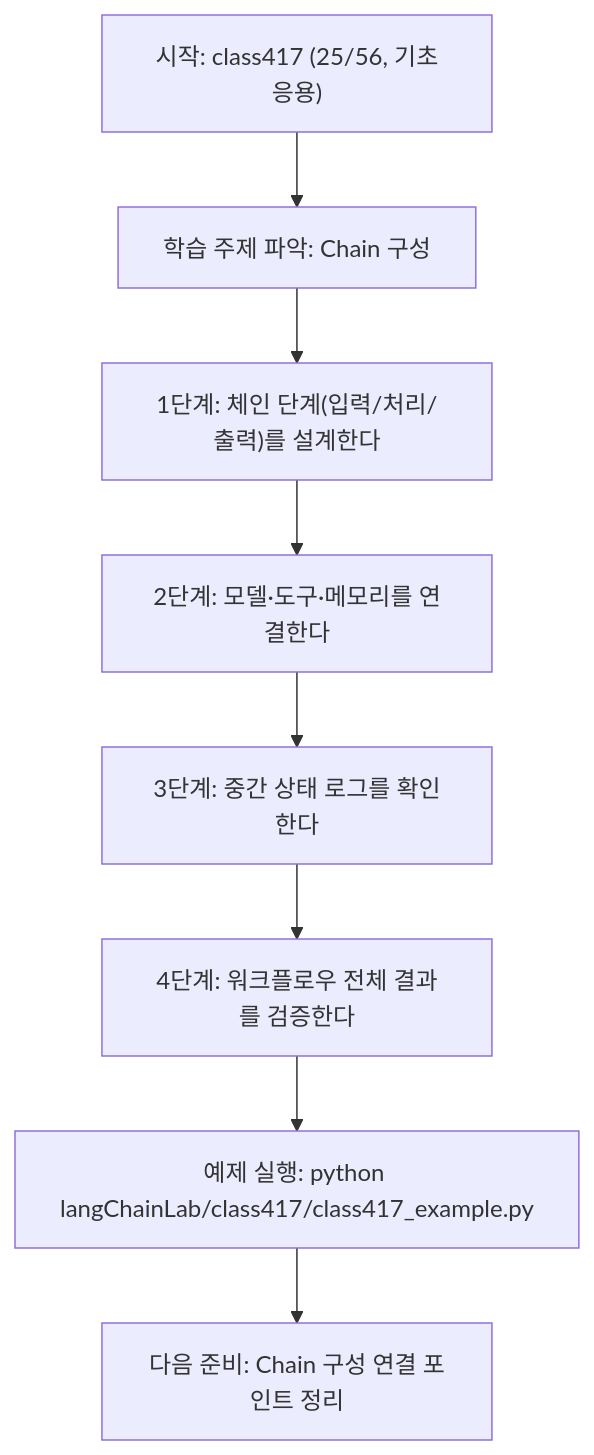
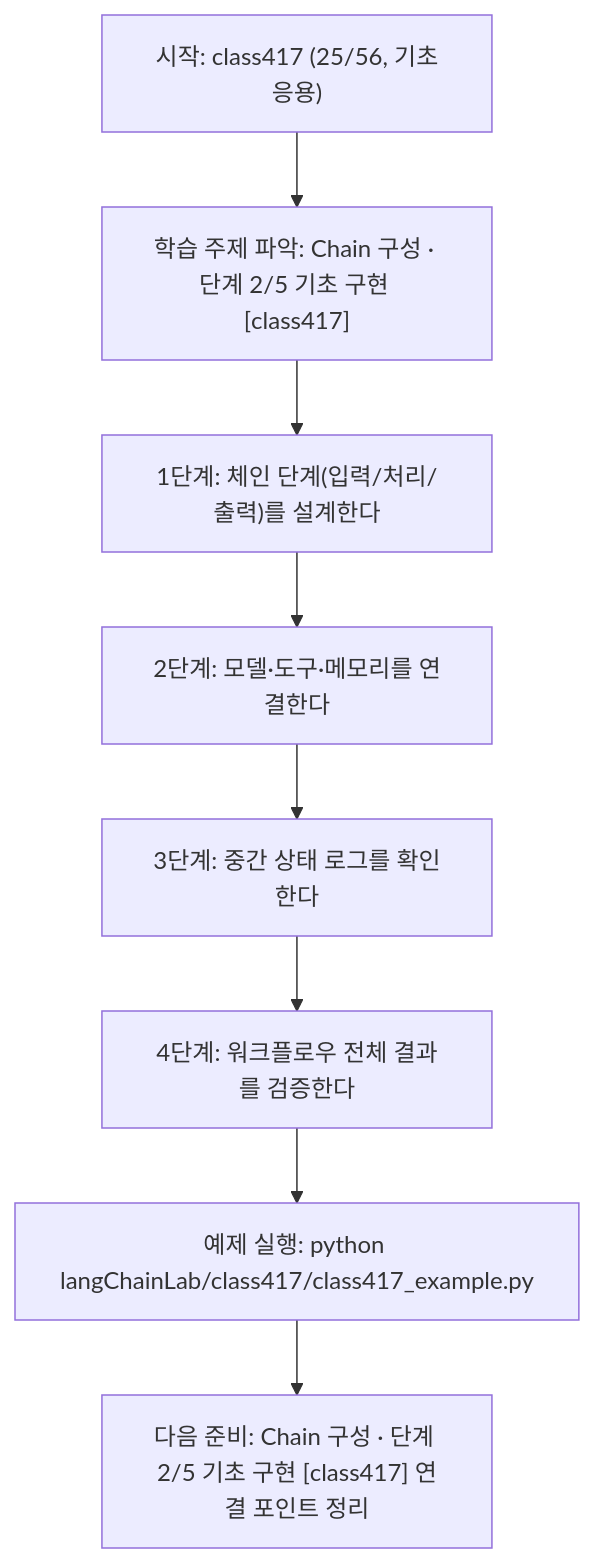
One commit to edumgt/Python-AI_Agent-Class changed the diagram in langChainLab/class417/class417.md. Above: the diagram before and after it, drawn with Mermaid. The commit also changed other lines of this file and 522 other files, not shown here.

````diff
--- a/langChainLab/class417/class417.md
+++ b/langChainLab/class417/class417.md
@@ -108,18 +109,18 @@
 ```mermaid
 flowchart TD
 N1["시작: class417 (25/56, 기초응용)"]
-N2["학습 주제 파악: Chain 구성"]
+N2["학습 주제 파악: Chain 구성 · 단계 2/5 기초 구현 [class417]"]
 N3["1단계: 체인 단계(입력/처리/출력)를 설계한다"]
 N4["2단계: 모델·도구·메모리를 연결한다"]
 N5["3단계: 중간 상태 로그를 확인한다"]
 N6["4단계: 워크플로우 전체 결과를 검증한다"]
 N7["예제 실행: python langChainLab/class417/class417_example.py"]
-N8["다음 준비: Chain 구성 연결 포인트 정리"]
+N8["다음 준비: Chain 구성 · 단계 2/5 기초 구현 [class417] 연결 포인트 정리"]
 N1 --> N2
 N2 --> N3
 N3 --> N4
 N4 --> N5
 N5 --> N6
 N6 --> N7
 N7 --> N8
 ```
````
